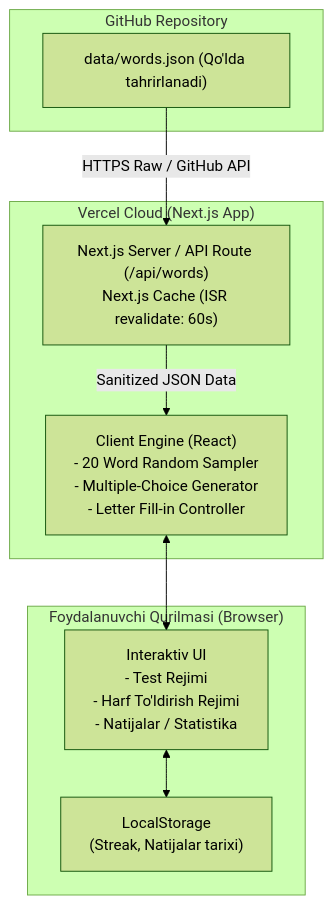
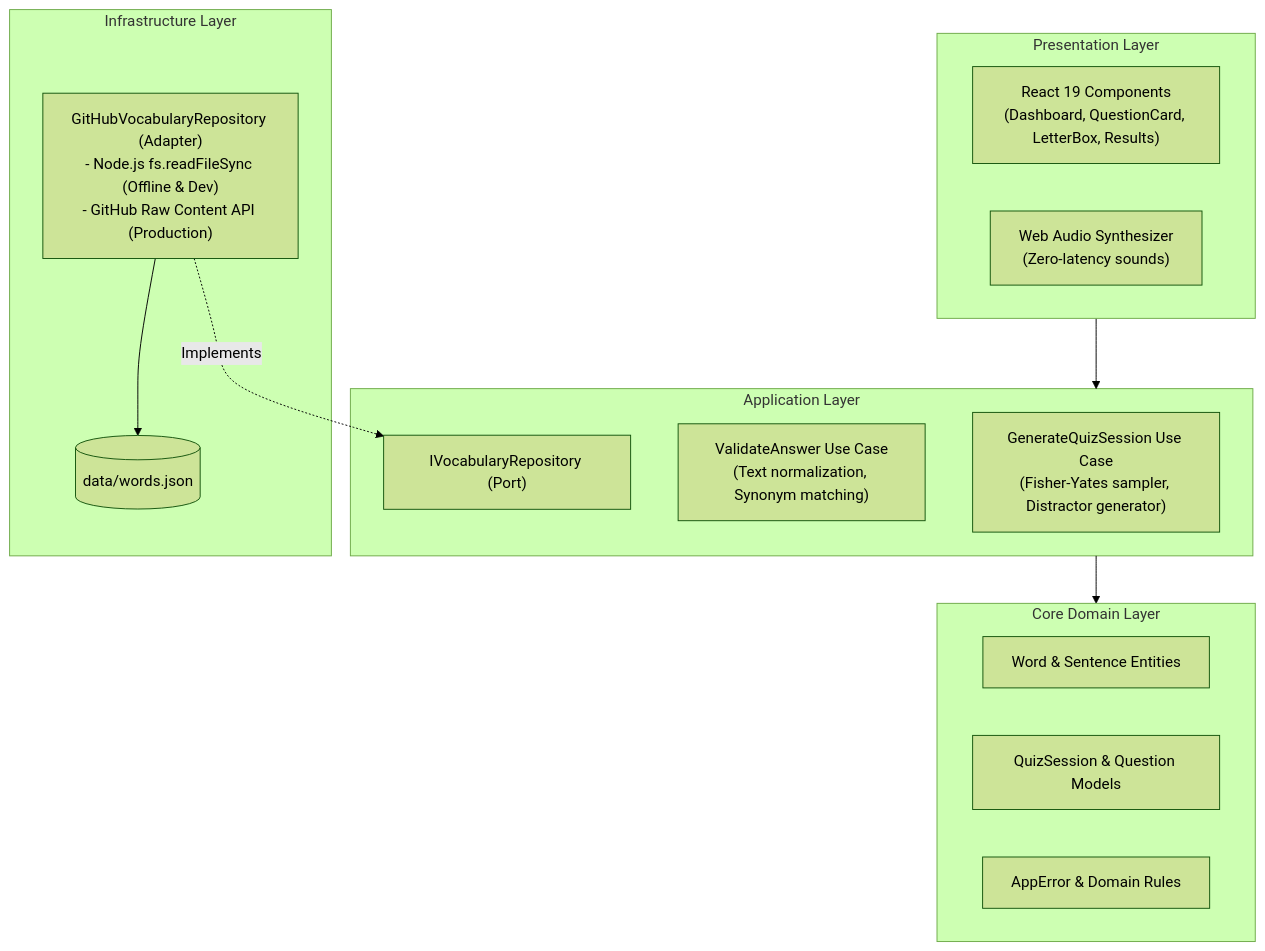
One commit to muzaffarbekmustafayev/english-lab changed the diagram in documents/02_architecture.md. Above: the diagram before and after it, drawn with Mermaid (forest theme). The commit also changed other lines of this file and 7 other files, not shown here.

````diff
--- a/documents/02_architecture.md
+++ b/documents/02_architecture.md
@@ -17,21 +7,29 @@
 ```mermaid
 flowchart TD
-    subgraph GitHub ["GitHub Repository"]
-        JSON["data/words.json (Qo'lda tahrirlanadi)"]
+    subgraph Presentation ["Presentation Layer"]
+        UI["React 19 Components\n(Dashboard, QuestionCard, LetterBox, Results)"]
+        Sound["Web Audio Synthesizer\n(Zero-latency sounds)"]
     end
 
-    subgraph Vercel ["Vercel Cloud (Next.js App)"]
-        API["Next.js Server / API Route (/api/words)\nNext.js Cache (ISR revalidate: 60s)"]
-        QuizEngine["Client Engine (React)\n- 20 Word Random Sampler\n- Multiple-Choice Generator\n- Letter Fill-in Controller"]
+    subgraph Application ["Application Layer"]
+        GenerateSession["GenerateQuizSession Use Case\n(Fisher-Yates sampler, Distractor generator)"]
+        ValidateAnswer["ValidateAnswer Use Case\n(Text normalization, Synonym matching)"]
+        RepoPort["IVocabularyRepository (Port)"]
     end
 
-    subgraph UserDevice ["Foydalanuvchi Qurilmasi (Browser)"]
-        UI["Interaktiv UI\n- Test Rejimi\n- Harf To'ldirish Rejimi\n- Natijalar / Statistika"]
-        LocalData["LocalStorage\n(Streak, Natijalar tarixi)"]
+    subgraph Core ["Core Domain Layer"]
+        WordEntity["Word & Sentence Entities"]
+        QuizEntities["QuizSession & Question Models"]
+        Errors["AppError & Domain Rules"]
     end
 
-    JSON -->|HTTPS Raw / GitHub API| API
-    API -->|Sanitized JSON Data| QuizEngine
-    QuizEngine <--> UI
-    UI <--> LocalData
+    subgraph Infrastructure ["Infrastructure Layer"]
+        GHRepo["GitHubVocabularyRepository (Adapter)\n- Node.js fs.readFileSync (Offline & Dev)\n- GitHub Raw Content API (Production)"]
+        WordsJSON[("data/words.json")]
+    end
+
+    Presentation --> Application
+    Application --> Core
+    GHRepo -.->|Implements| RepoPort
+    GHRepo --> WordsJSON
 ```
````
